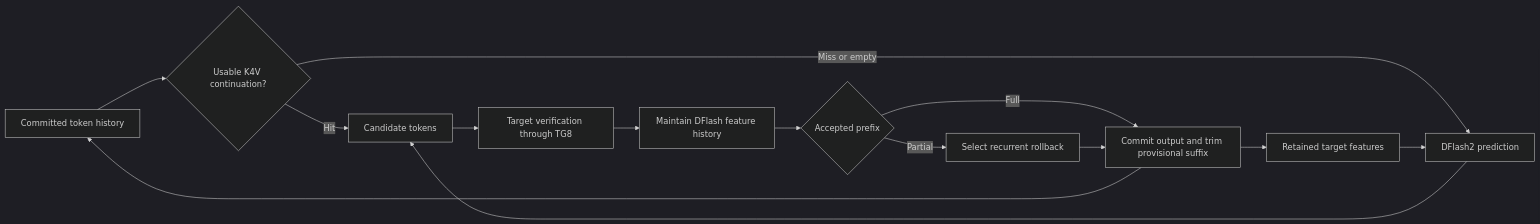
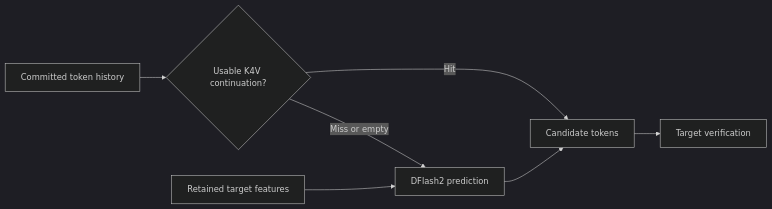
Before and after one commit to RaymondHuang210129/llama.cpp-adaptive-kv-streaming: the third of 3 diagrams in README.md, drawn with Mermaid (dark theme). The commit also changed other lines of this file and 13 other files, not shown here.

Commit message:
docs : introduce Oceanus V3 README and roadmap

````diff
--- a/README.md
+++ b/README.md
@@ -610,16 +674,9 @@
 ```mermaid
 flowchart LR
-    H["Committed token history"] --> K{"Usable K4V continuation?"}
-    K -->|Hit| B["Candidate tokens"]
-    K -->|Miss or empty| D["DFlash2 prediction"]
-    F["Retained target features"] --> D
-    D --> B
-    B --> V["Target verification through TG8"]
-    V --> I["Maintain DFlash feature history"]
-    I --> A{"Accepted prefix"}
-    A -->|Full| C["Commit output and trim provisional suffix"]
-    A -->|Partial| R["Select recurrent rollback"]
-    R --> C
-    C --> H
-    C --> F
+    dflash_H["Committed token history"] --> dflash_K{"Usable K4V continuation?"}
+    dflash_K -->|Hit| dflash_B["Candidate tokens"]
+    dflash_K -->|Miss or empty| dflash_D["DFlash2 prediction"]
+    dflash_F["Retained target features"] --> dflash_D
+    dflash_D --> dflash_B
+    dflash_B --> dflash_V["Target verification"]
 ```
````
